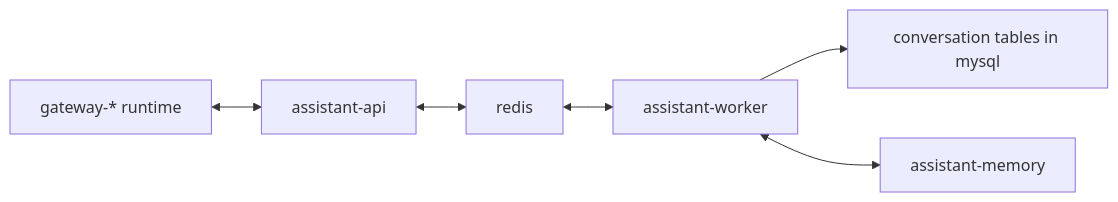
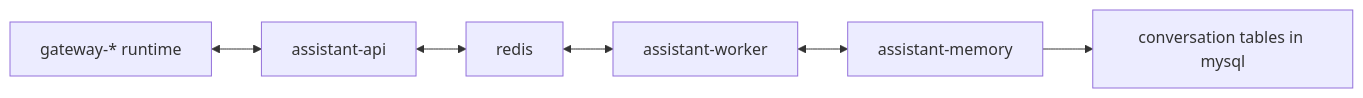
Before and after one commit to vinitu/my-concierge: the first of 2 diagrams in docs/architecture/conversation.md, drawn with Mermaid. The commit also changed other lines of this file and 69 other files, not shown here.

````diff
--- a/docs/architecture/conversation.md
+++ b/docs/architecture/conversation.md
@@ -22,8 +22,8 @@
 ```mermaid
 flowchart LR
     Gateway["gateway-* runtime"] <--> API["assistant-api"]
     API <--> Queue["redis"]
     Queue <--> Worker["assistant-worker"]
-    Worker --> Conv["conversation tables in mysql"]
     Worker <--> Memory["assistant-memory"]
+    Memory --> Conv["conversation tables in mysql"]
 ```
````
